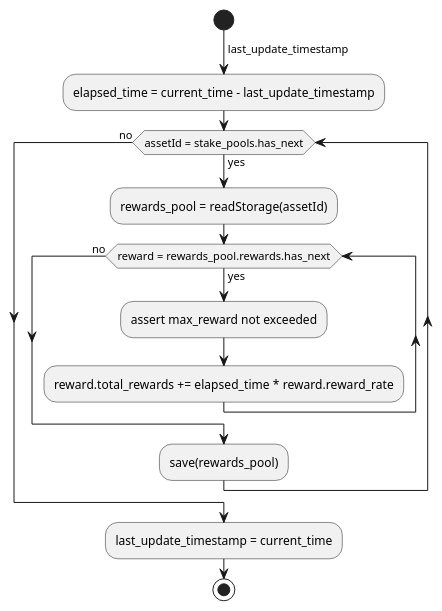
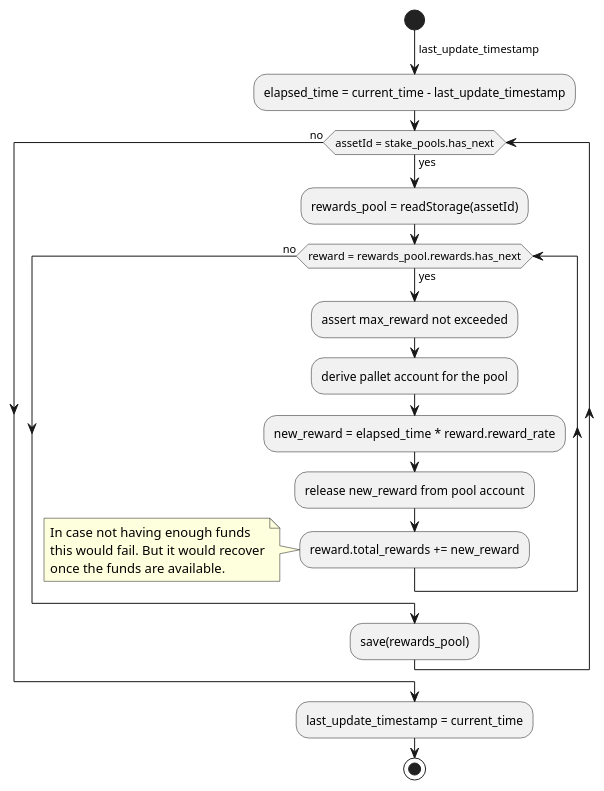
One commit to ComposableFi/composable changed the tenth of 10 diagrams in rfcs/0005-pablo-distribution-assets/0005-pablo-distribution.adoc. Above: the diagram before and after it, drawn with PlantUML. The commit also changed other lines of this file and 229 other files, not shown here.

```diff
--- a/rfcs/0005-pablo-distribution-assets/0005-pablo-distribution.adoc
+++ b/rfcs/0005-pablo-distribution-assets/0005-pablo-distribution.adoc
@@ -526,16 +548,24 @@
 [plantuml,images/staking-rewards-reward-accumulation-hook,png]
 ----
 start
 ->last_update_timestamp;
 :elapsed_time = current_time - last_update_timestamp;
 while (assetId = stake_pools.has_next) is (yes)
     :rewards_pool = readStorage(assetId);
     while (reward = rewards_pool.rewards.has_next) is (yes)
         :assert max_reward not exceeded;
-        :reward.total_rewards += elapsed_time * reward.reward_rate;
+        :derive pallet account for the pool;
+        :new_reward = elapsed_time * reward.reward_rate;
+        :release new_reward from pool account;
+        :reward.total_rewards += new_reward;
+        note left
+            In case not having enough funds
+            this would fail. But it would recover
+            once the funds are available.
+        endnote
     endwhile (no)
     :save(rewards_pool);
 endwhile (no)
 :last_update_timestamp = current_time;
 stop
 ----
```
